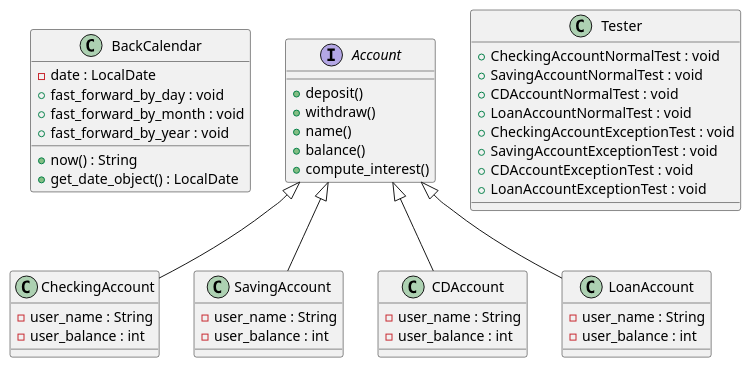
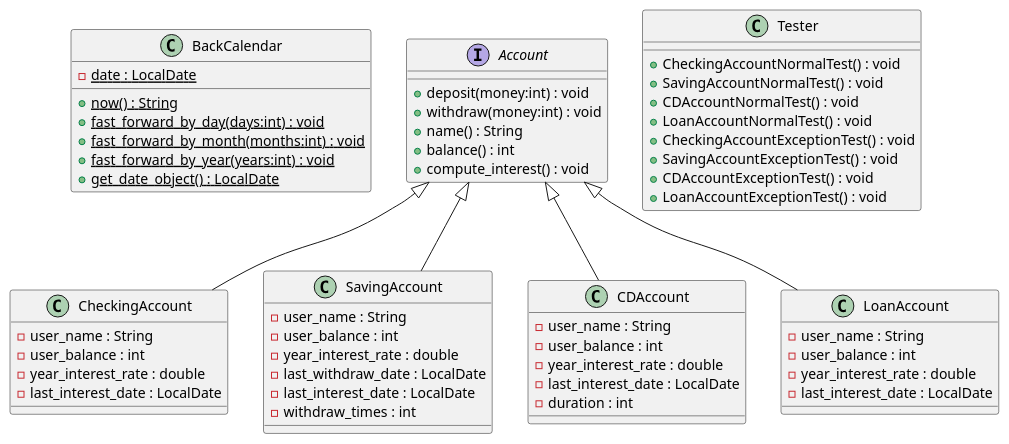
One commit to Benson607/JavaBank changed the diagram in UML.puml. Above: the diagram before and after it, drawn with PlantUML.

Commit message:
update uml

```diff
--- a/UML.puml
+++ b/UML.puml
@@ -1,53 +1,61 @@
 @startuml Bank
 class BackCalendar {
-    -date : LocalDate
-    +now() : String
-    +fast_forward_by_day : void
-    +fast_forward_by_month : void
-    +fast_forward_by_year : void
-    +get_date_object() : LocalDate
+    -date : LocalDate {static}
+    +now() : String {static}
+    +fast_forward_by_day(days:int) : void {static}
+    +fast_forward_by_month(months:int) : void {static}
+    +fast_forward_by_year(years:int) : void {static}
+    +get_date_object() : LocalDate {static}
 }
 
 interface Account {
-    +deposit()
-    +withdraw()
-    +name()
-    +balance()
-    +compute_interest()
+    +deposit(money:int) : void
+    +withdraw(money:int) : void
+    +name() : String
+    +balance() : int
+    +compute_interest() : void
 }
 
 class CheckingAccount extends Account {
     -user_name : String
     -user_balance : int
+    -year_interest_rate : double
+    -last_interest_date : LocalDate
 }
 
 class SavingAccount extends Account {
     -user_name : String
     -user_balance : int
-
+    -year_interest_rate : double
+    -last_withdraw_date : LocalDate
+    -last_interest_date : LocalDate
+    -withdraw_times : int
 }
 
 class CDAccount extends Account {
     -user_name : String
     -user_balance : int
-
+    -year_interest_rate : double
+    -last_interest_date : LocalDate
+    -duration : int
 }
 
 class LoanAccount extends Account {
     -user_name : String
     -user_balance : int
-    
+    -year_interest_rate : double
+    -last_interest_date : LocalDate
 }
 
 class Tester {
-    +CheckingAccountNormalTest : void
-    +SavingAccountNormalTest : void
-    +CDAccountNormalTest : void
-    +LoanAccountNormalTest : void
-    +CheckingAccountExceptionTest : void
-    +SavingAccountExceptionTest : void
-    +CDAccountExceptionTest : void
-    +LoanAccountExceptionTest : void
+    +CheckingAccountNormalTest() : void
+    +SavingAccountNormalTest() : void
+    +CDAccountNormalTest() : void
+    +LoanAccountNormalTest() : void
+    +CheckingAccountExceptionTest() : void
+    +SavingAccountExceptionTest() : void
+    +CDAccountExceptionTest() : void
+    +LoanAccountExceptionTest() : void
 }
 
 @enduml
```
